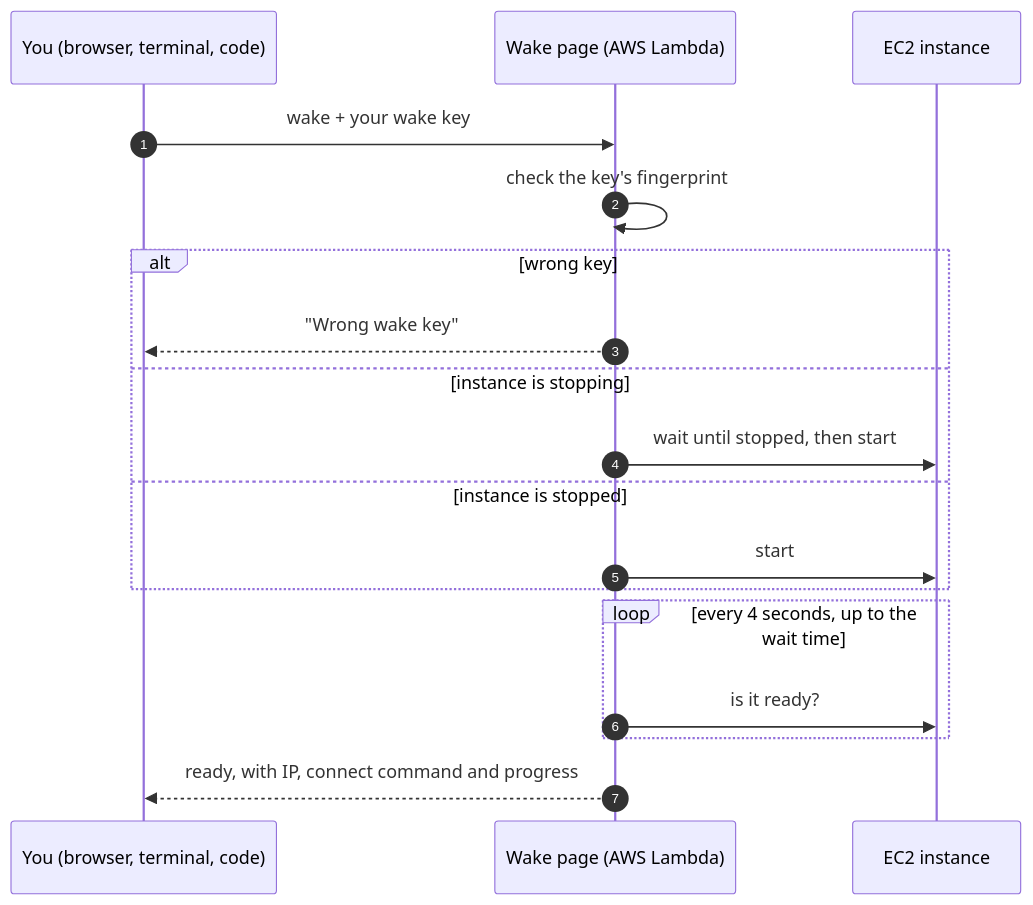
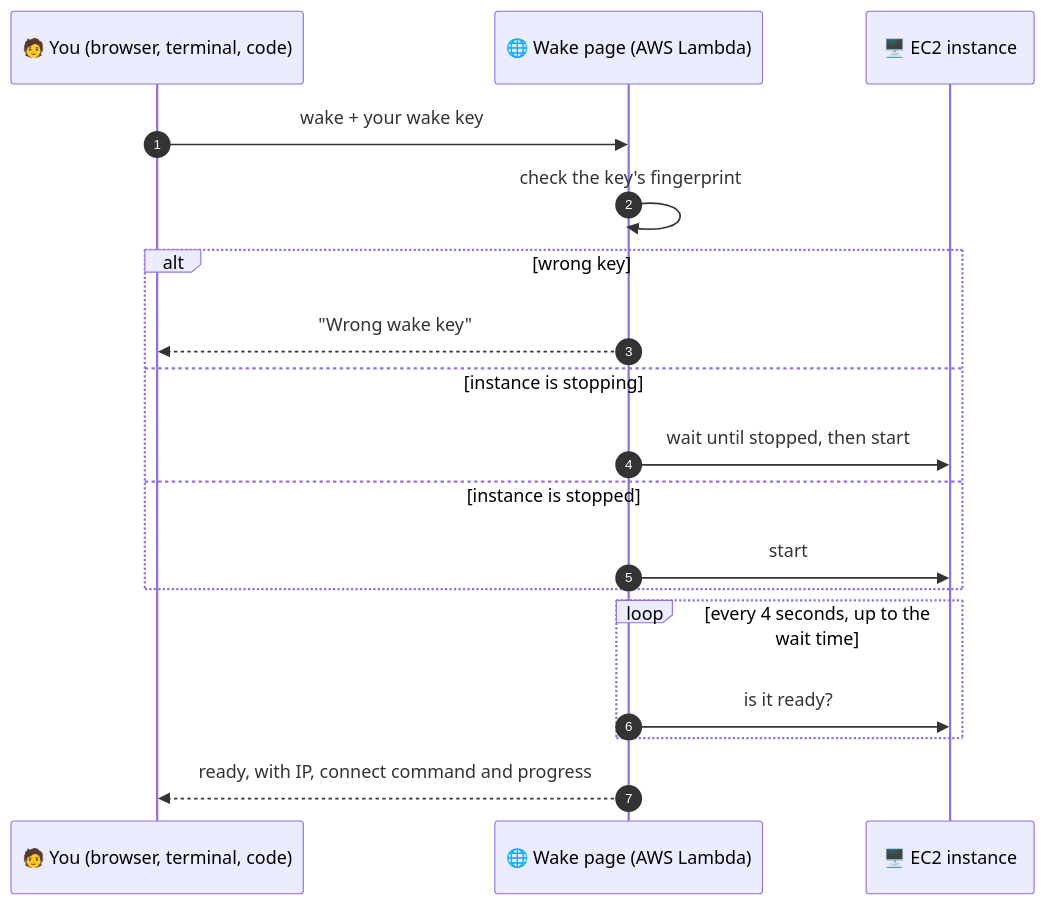
Before and after one commit to manojvermamv/ec2-idle-stop-wake: the third of 3 diagrams in WORKFLOW.md, drawn with Mermaid. The commit also changed other lines of this file and 5 other files, not shown here.

````diff
--- a/WORKFLOW.md
+++ b/WORKFLOW.md
@@ -95,20 +95,20 @@
 ```mermaid
 sequenceDiagram
     autonumber
-    participant You as You (browser, terminal, code)
-    participant L as Wake page (AWS Lambda)
-    participant E as EC2 instance
+    participant You as 🧑 You (browser, terminal, code)
+    participant L as 🌐 Wake page (AWS Lambda)
+    participant E as 🖥️ EC2 instance
     You->>L: wake + your wake key
     L->>L: check the key's fingerprint
     alt wrong key
         L-->>You: "Wrong wake key"
     else instance is stopping
         L->>E: wait until stopped, then start
     else instance is stopped
         L->>E: start
     end
     loop every 4 seconds, up to the wait time
         L->>E: is it ready?
     end
     L-->>You: ready, with IP, connect command and progress
 ```
````
